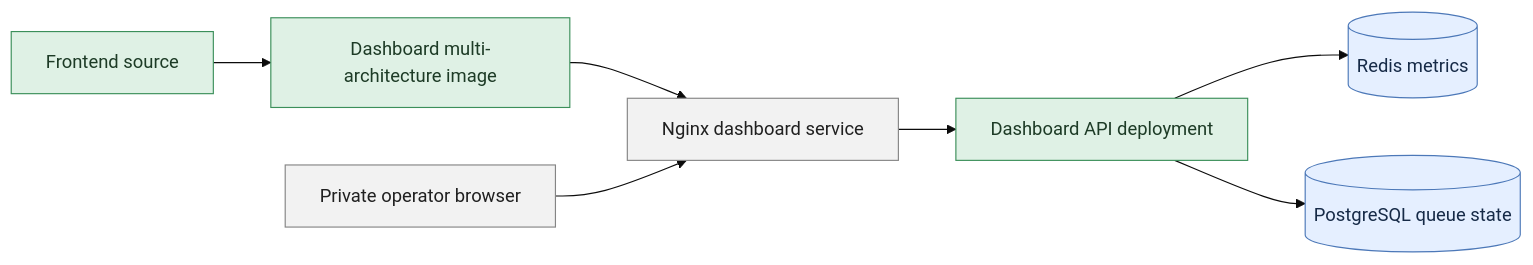
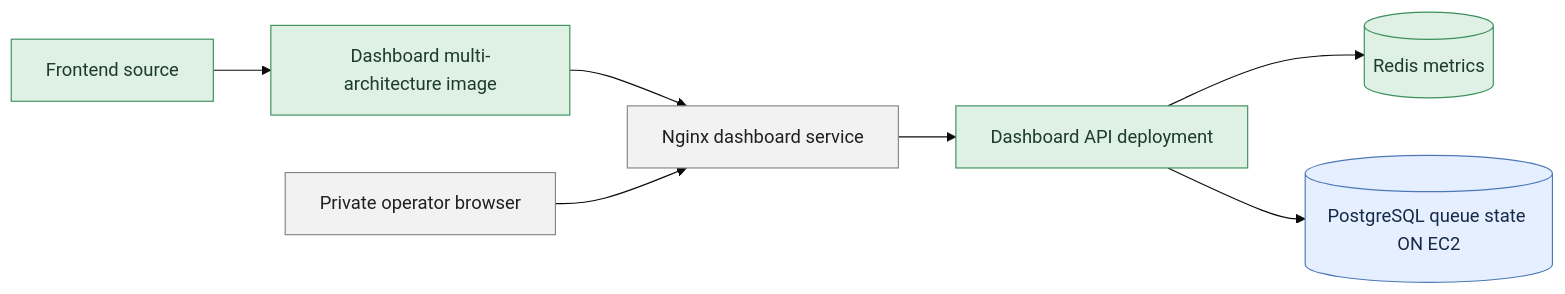
The third of 3 diagrams in docs/frontend-delivery.md (winrates-gg/wrgg-public-documentation), drawn with Mermaid (base theme) before and after one commit. The commit also changed other lines of this file and 5 other files, not shown here.

````diff
--- a/docs/frontend-delivery.md
+++ b/docs/frontend-delivery.md
@@ -157,24 +154,24 @@
 ```mermaid
 flowchart LR
     Source[Frontend source]
     Image[Dashboard multi-architecture image]
     Nginx[Nginx dashboard service]
     API[Dashboard API deployment]
     Redis[(Redis metrics)]
-    DB[(PostgreSQL queue state)]
+    DB[(PostgreSQL queue state ON EC2)]
     Operator[Private operator browser]
 
     Source --> Image
     Image --> Nginx
     Operator --> Nginx
     Nginx --> API
     API --> Redis
     API --> DB
 
     classDef user fill:#f2f2f2,stroke:#858585,color:#202020
     classDef backend fill:#dff1e5,stroke:#3b8f5a,color:#1d3b26
     classDef aws fill:#e5efff,stroke:#4c78b8,color:#162a47
     class Operator,Nginx user
-    class Source,Image,API backend
-    class Redis,DB aws
+    class Source,Image,API,Redis backend
+    class DB aws
 ```
````
